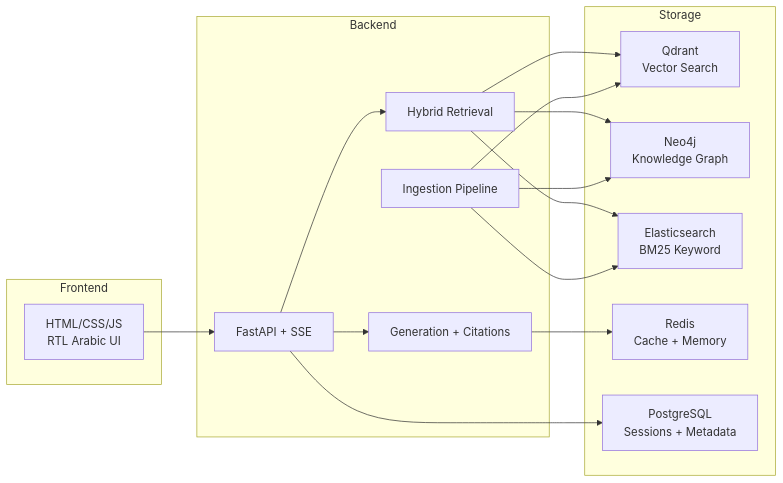
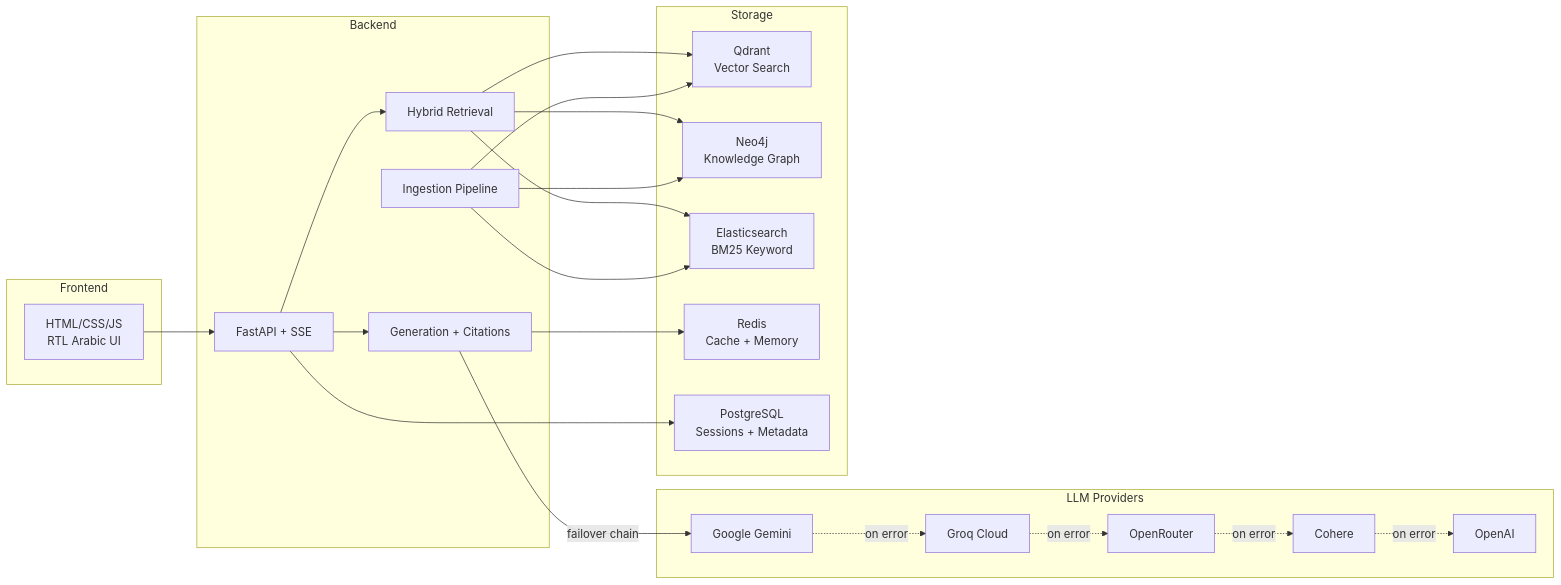
The first of 3 diagrams in README.md (MohammedHamza0/Faqih.ai), drawn with Mermaid before and after one commit. The commit also changed other lines of this file and 17 other files, not shown here.

Commit message:
feat: implement core RAG architecture with SSE streaming, semantic caching, and frontend chat interface

````diff
--- a/README.md
+++ b/README.md
@@ -9,26 +9,38 @@
 ```mermaid
 graph LR
     subgraph Frontend
         A[HTML/CSS/JS<br>RTL Arabic UI]
     end
     subgraph Backend
         B[FastAPI + SSE]
         C[Ingestion Pipeline]
         D[Hybrid Retrieval]
         E[Generation + Citations]
+    end
+    subgraph LLM Providers
+        L1[Google Gemini]
+        L2[Groq Cloud]
+        L3[OpenRouter]
+        L4[Cohere]
+        L5[OpenAI]
     end
     subgraph Storage
         F[Qdrant<br>Vector Search]
         G[Neo4j<br>Knowledge Graph]
         H[Elasticsearch<br>BM25 Keyword]
         I[Redis<br>Cache + Memory]
         J[PostgreSQL<br>Sessions + Metadata]
     end
     A --> B
     B --> D
     D --> F & G & H
     B --> E
+    E -->|failover chain| L1
+    L1 -.->|on error| L2
+    L2 -.->|on error| L3
+    L3 -.->|on error| L4
+    L4 -.->|on error| L5
     E --> I
     C --> F & G & H
     B --> J
 ```
````
